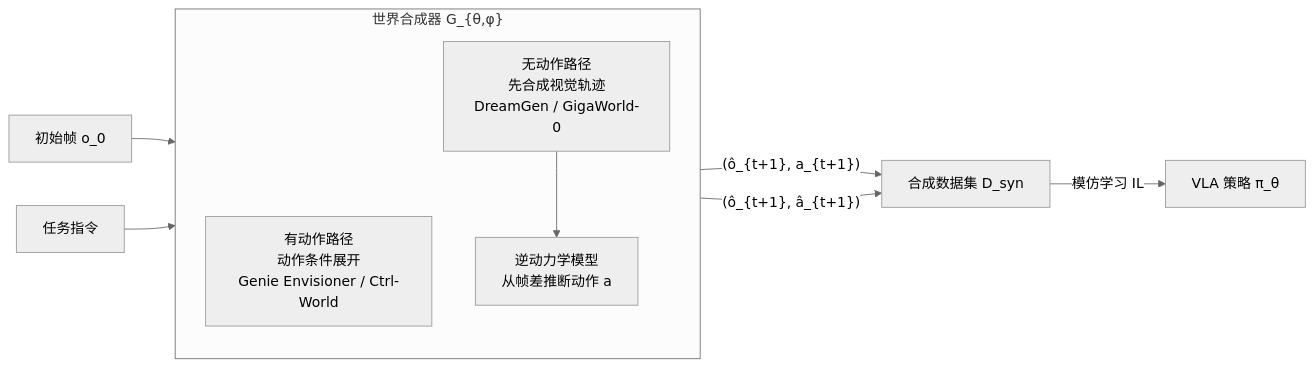
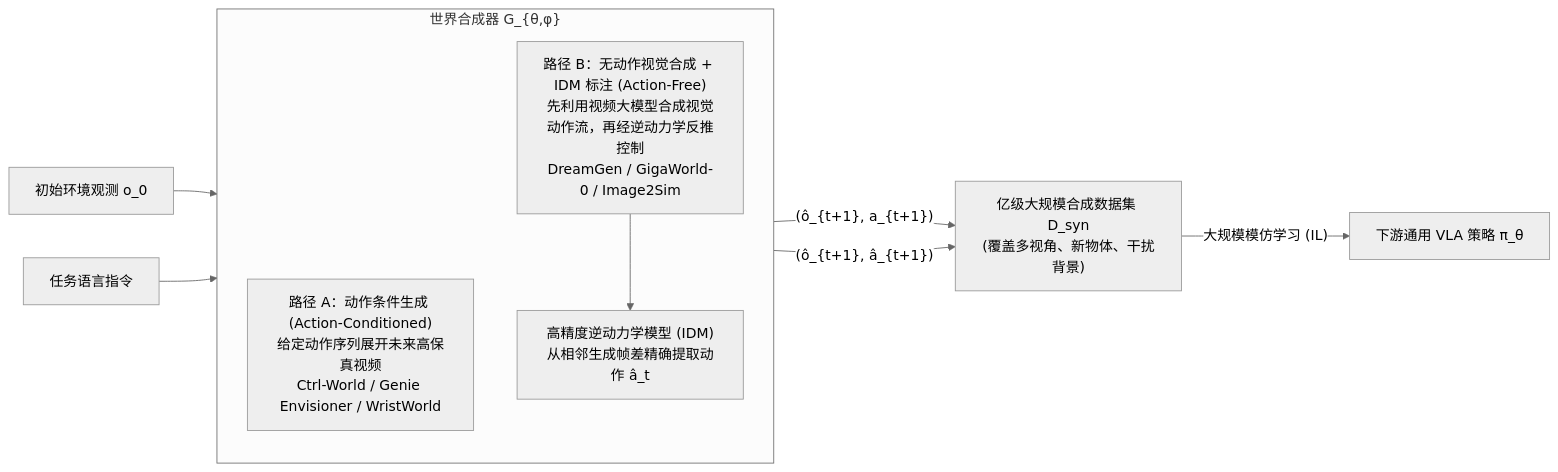
Before and after one commit to TingdeLiu/tingdeliu.github.io: the fifth of 11 diagrams in _posts/research/2026-04-16-World-Models-Survey.md, drawn with Mermaid (neutral theme). The commit also changed other lines of this file and 6 other files, not shown here.

Commit message:
docs(agent): optimize Section 5 memory diagram layout and update world models survey

````diff
--- a/_posts/research/2026-04-16-World-Models-Survey.md
+++ b/_posts/research/2026-04-16-World-Models-Survey.md
@@ -240,17 +396,17 @@
 ```mermaid
 flowchart LR
-    Init["初始帧 o_0"] --> G
-    Cmd["任务指令"] --> G
+    Init["初始环境观测 o_0"] --> G
+    Cmd["任务语言指令"] --> G
 
     subgraph G["世界合成器 G_{θ,φ}"]
         direction TB
-        PathA["有动作路径\n动作条件展开\nGenie Envisioner / Ctrl-World"]
-        PathB["无动作路径\n先合成视觉轨迹\nDreamGen / GigaWorld-0"]
-        IDM["逆动力学模型\n从帧差推断动作 a"]
+        PathA["路径 A：动作条件生成 (Action-Conditioned)\n给定动作序列展开未来高保真视频\nCtrl-World / Genie Envisioner / WristWorld"]
+        PathB["路径 B：无动作视觉合成 + IDM 标注 (Action-Free)\n先利用视频大模型合成视觉动作流，再经逆动力学反推控制\nDreamGen / GigaWorld-0 / Image2Sim"]
+        IDM["高精度逆动力学模型 (IDM)\n从相邻生成帧差精确提取动作 â_t"]
         PathB --> IDM
     end
 
     PathA -->|"(ô_{t+1}, a_{t+1})"| Dsyn
     IDM  -->|"(ô_{t+1}, â_{t+1})"| Dsyn
-    Dsyn["合成数据集 D_syn"] -->|"模仿学习 IL"| Policy["VLA 策略 π_θ"]
+    Dsyn["亿级大规模合成数据集 D_syn\n(覆盖多视角、新物体、干扰背景)"] -->|"大规模模仿学习 (IL)"| Policy["下游通用 VLA 策略 π_θ"]
 ```
````
